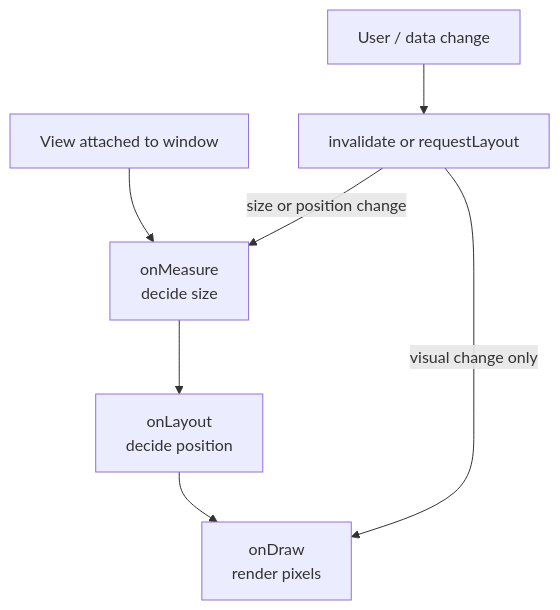
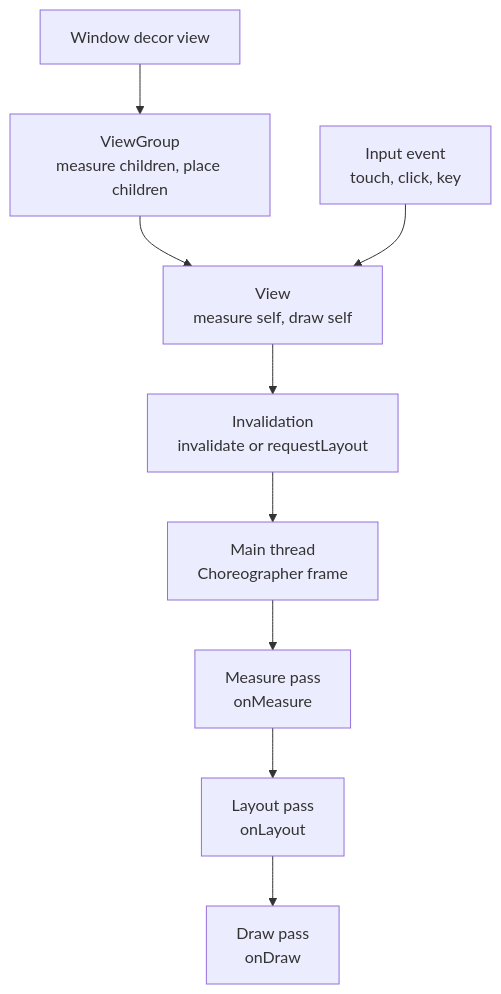
Before and after one commit to m1ser4ble/m1ser4ble.github.io: the first of 2 diagrams in _posts/2026-06-09-manifest-android-interview-02-android-ui-views.md, drawn with Mermaid. The commit also changed other lines of this file and 3 other files, not shown here.

```diff
--- a/_posts/2026-06-09-manifest-android-interview-02-android-ui-views.md
+++ b/_posts/2026-06-09-manifest-android-interview-02-android-ui-views.md
@@ -90,14 +42,21 @@
 <div class="mermaid">
 flowchart TD
-    Attach[View attached to window]
-    Measure[onMeasure<br/>decide size]
-    Layout[onLayout<br/>decide position]
-    Draw[onDraw<br/>render pixels]
-    Event[User / data change]
-    Dirty[invalidate or requestLayout]
+    Root["Window decor view"]
+    Parent["ViewGroup<br/>measure children, place children"]
+    Child["View<br/>measure self, draw self"]
+    Measure["Measure pass<br/>onMeasure"]
+    Layout["Layout pass<br/>onLayout"]
+    Draw["Draw pass<br/>onDraw"]
+    Input["Input event<br/>touch, click, key"]
+    Dirty["Invalidation<br/>invalidate or requestLayout"]
+    Main["Main thread<br/>Choreographer frame"]
 
-    Attach --> Measure --> Layout --> Draw
-    Event --> Dirty
-    Dirty -->|visual change only| Draw
-    Dirty -->|size or position change| Measure
+    Root --> Parent
+    Parent --> Child
+    Main --> Measure
+    Measure --> Layout
+    Layout --> Draw
+    Input --> Child
+    Child --> Dirty
+    Dirty --> Main
 </div>
```
